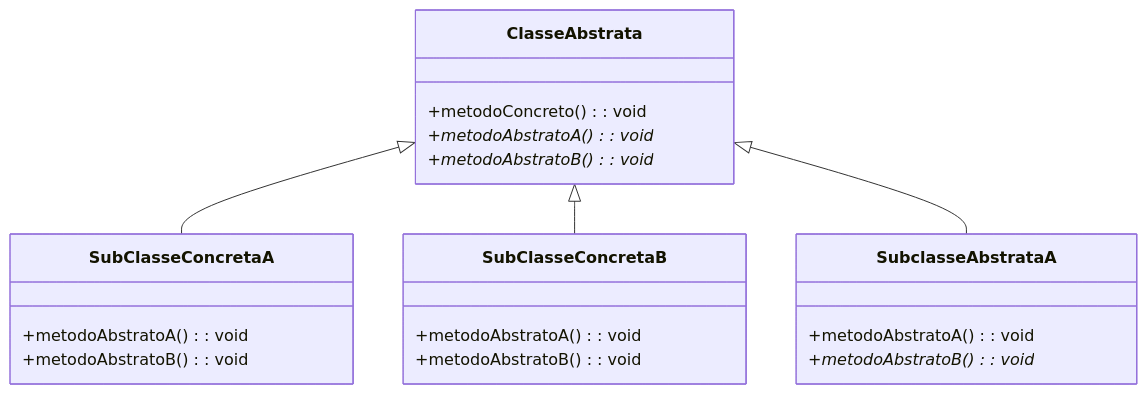
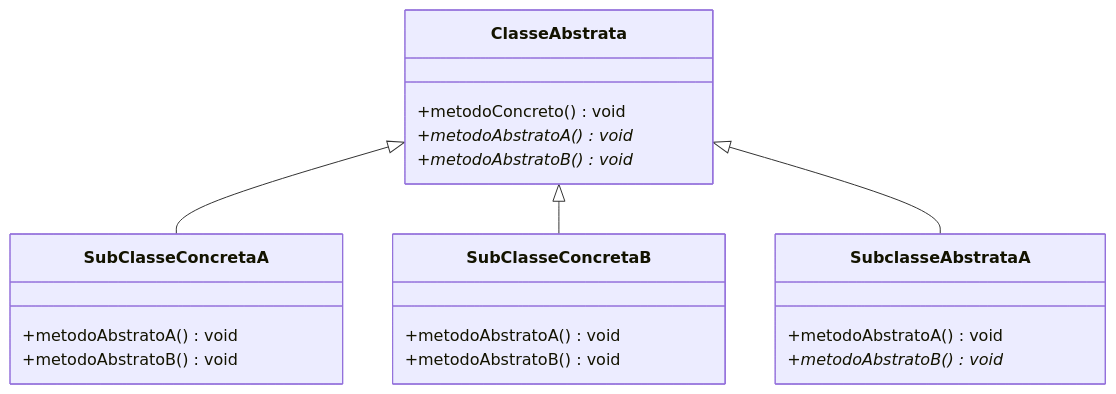
Before and after one commit to j-armenio/UFPR: the fourth of 6 diagrams in PARADIGMAS/AnotParadigmas.md, drawn with Mermaid. The commit also changed other lines of this file, not shown here.

````diff
--- a/PARADIGMAS/AnotParadigmas.md
+++ b/PARADIGMAS/AnotParadigmas.md
@@ -724,25 +724,25 @@
 ```mermaid
 classDiagram
     direction TB
     class ClasseAbstrata {
-        +metodoConcreto(): void
-        +metodoAbstratoA(): void*
-        +metodoAbstratoB(): void*
+        +metodoConcreto() void
+        +metodoAbstratoA() void*
+        +metodoAbstratoB() void*
     }
     class SubClasseConcretaA {
-        +metodoAbstratoA(): void
-        +metodoAbstratoB(): void
+        +metodoAbstratoA() void
+        +metodoAbstratoB() void
     }
     class SubClasseConcretaB {
-        +metodoAbstratoA(): void
-        +metodoAbstratoB(): void
+        +metodoAbstratoA() void
+        +metodoAbstratoB() void
     }
     class SubclasseAbstrataA {
-        +metodoAbstratoA(): void
-        +metodoAbstratoB(): void*
+        +metodoAbstratoA() void
+        +metodoAbstratoB() void*
     }
 
     ClasseAbstrata <|-- SubClasseConcretaA
     ClasseAbstrata <|-- SubClasseConcretaB
     ClasseAbstrata <|-- SubclasseAbstrataA
 ```
````
